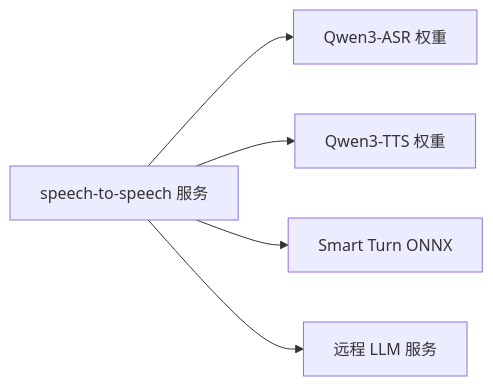
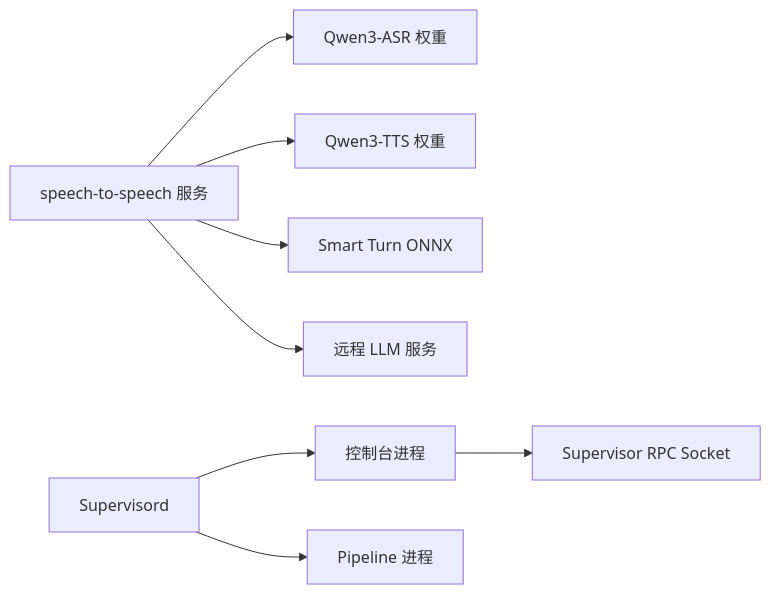
Before and after one commit to joezxh/speech-to-speech: the fourth of 5 diagrams in .qoder/repowiki/zh/content/部署和运维.md, drawn with Mermaid. The commit also changed other lines of this file and 1743 other files, not shown here.

````diff
--- a/.qoder/repowiki/zh/content/部署和运维.md
+++ b/.qoder/repowiki/zh/content/部署和运维.md
@@ -176,7 +265,10 @@
 ```mermaid
 graph LR
 S["speech-to-speech 服务"] --> M1["Qwen3-ASR 权重"]
 S --> M2["Qwen3-TTS 权重"]
 S --> M3["Smart Turn ONNX"]
 S --> R["远程 LLM 服务"]
+SC["Supervisord"] --> C["控制台进程"]
+SC --> P["Pipeline 进程"]
+C --> SR["Supervisor RPC Socket"]
 ```
````
